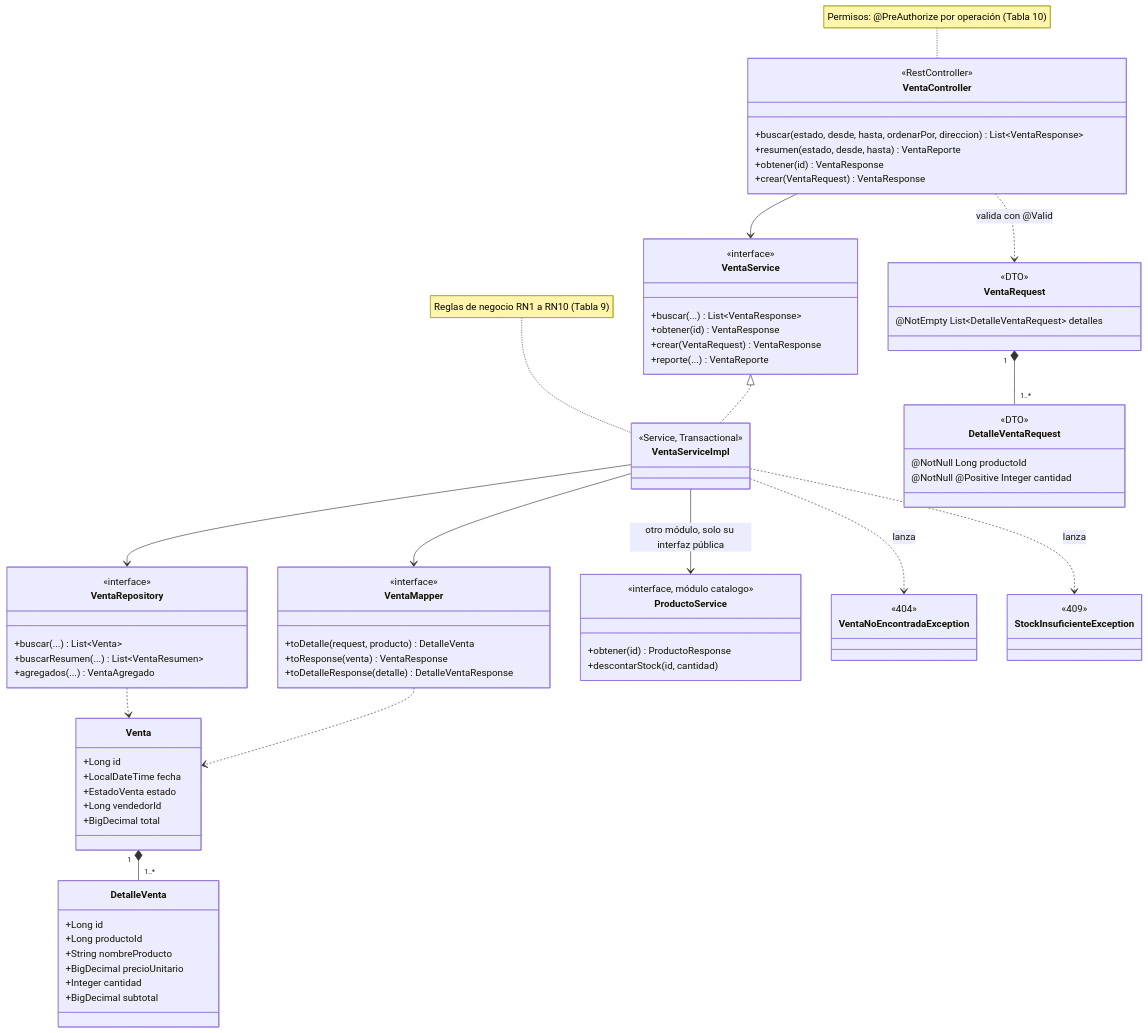
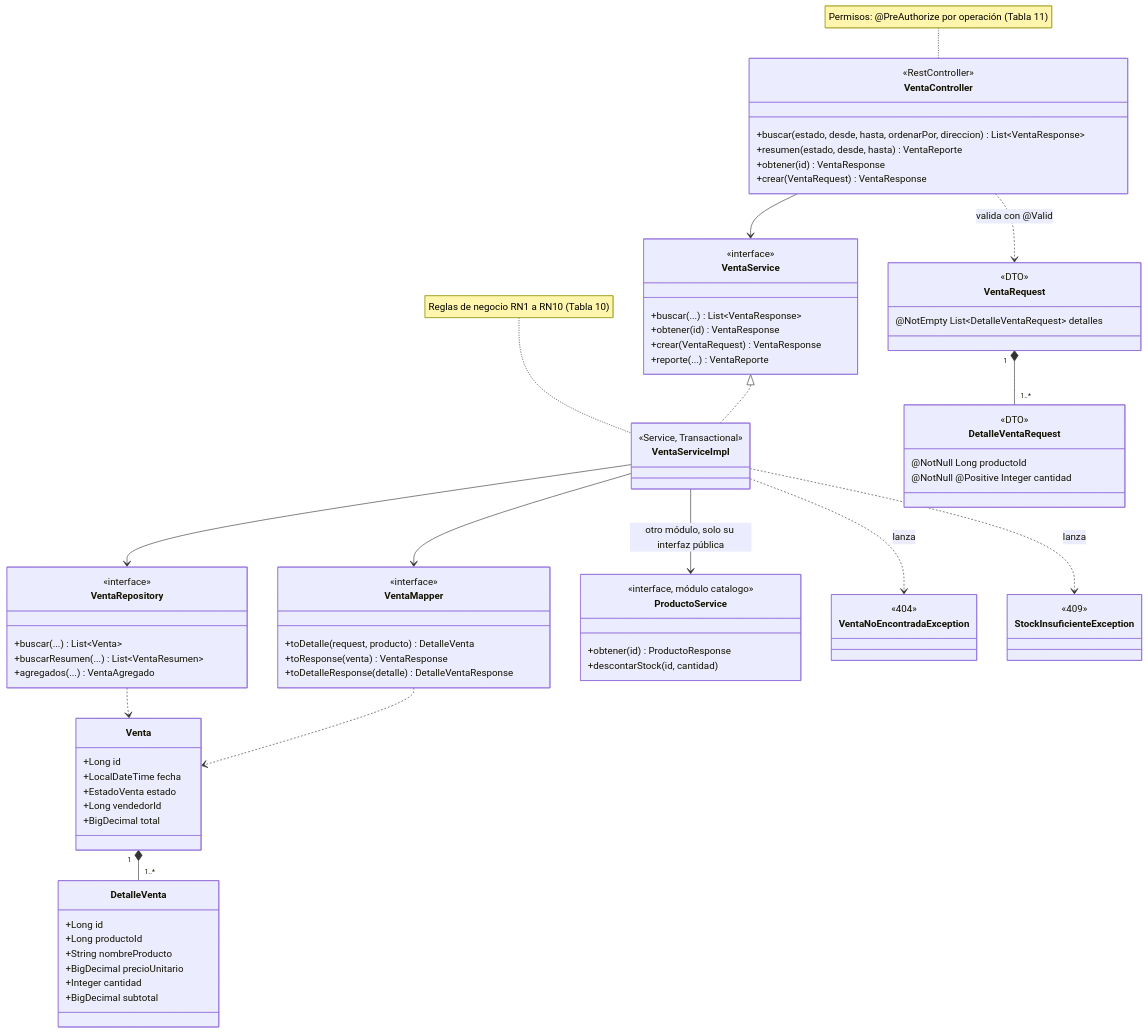
The sixth of 7 diagrams in docs/ads/sesiones/S08_Diseno_Clases_Avanzado_Transformacion_Objeto_Relacional.md (262ciclo4/bomerp), drawn with Mermaid before and after one commit. The commit also changed other lines of this file, not shown here.

````diff
--- a/docs/ads/sesiones/S08_Diseno_Clases_Avanzado_Transformacion_Objeto_Relacional.md
+++ b/docs/ads/sesiones/S08_Diseno_Clases_Avanzado_Transformacion_Objeto_Relacional.md
@@ -509,6 +523,6 @@
     VentaMapper ..> Venta
     Venta "1" *-- "1..*" DetalleVenta
 
-    note for VentaController "Permisos: @PreAuthorize por operación (Tabla 10)"
-    note for VentaServiceImpl "Reglas de negocio RN1 a RN10 (Tabla 9)"
+    note for VentaController "Permisos: @PreAuthorize por operación (Tabla 11)"
+    note for VentaServiceImpl "Reglas de negocio RN1 a RN10 (Tabla 10)"
 ```
````
